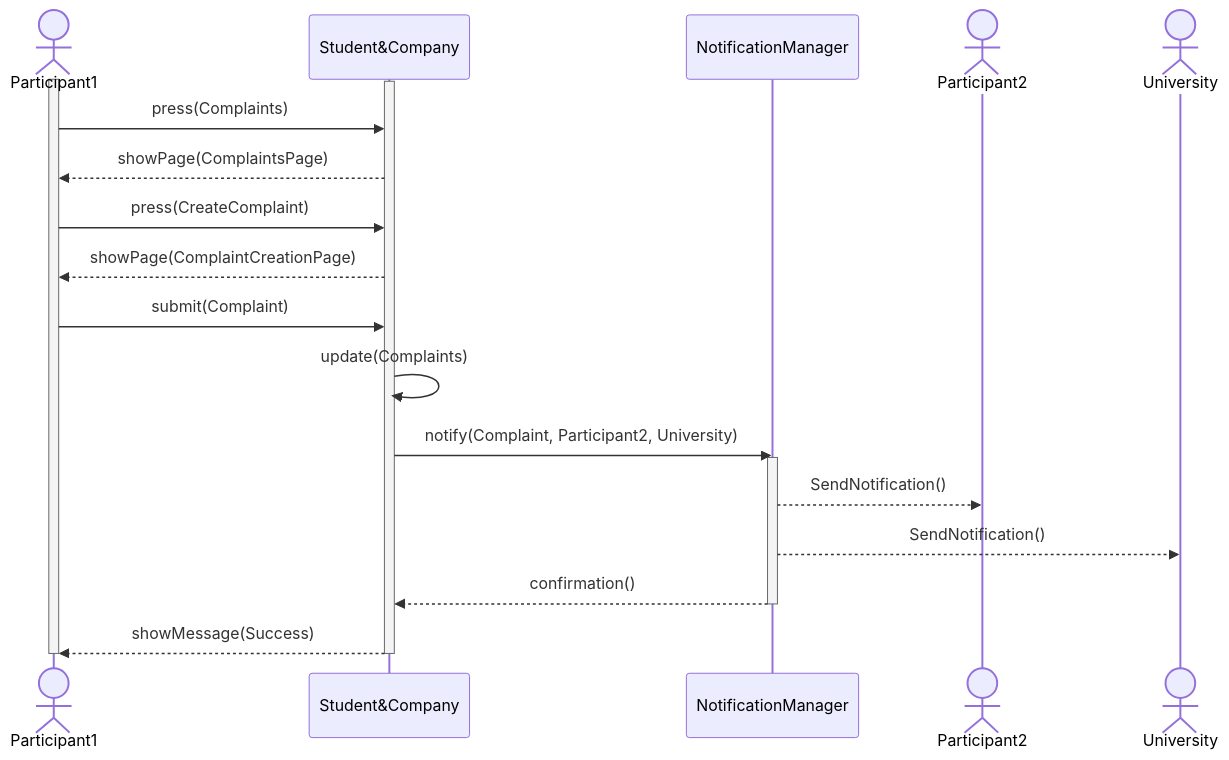
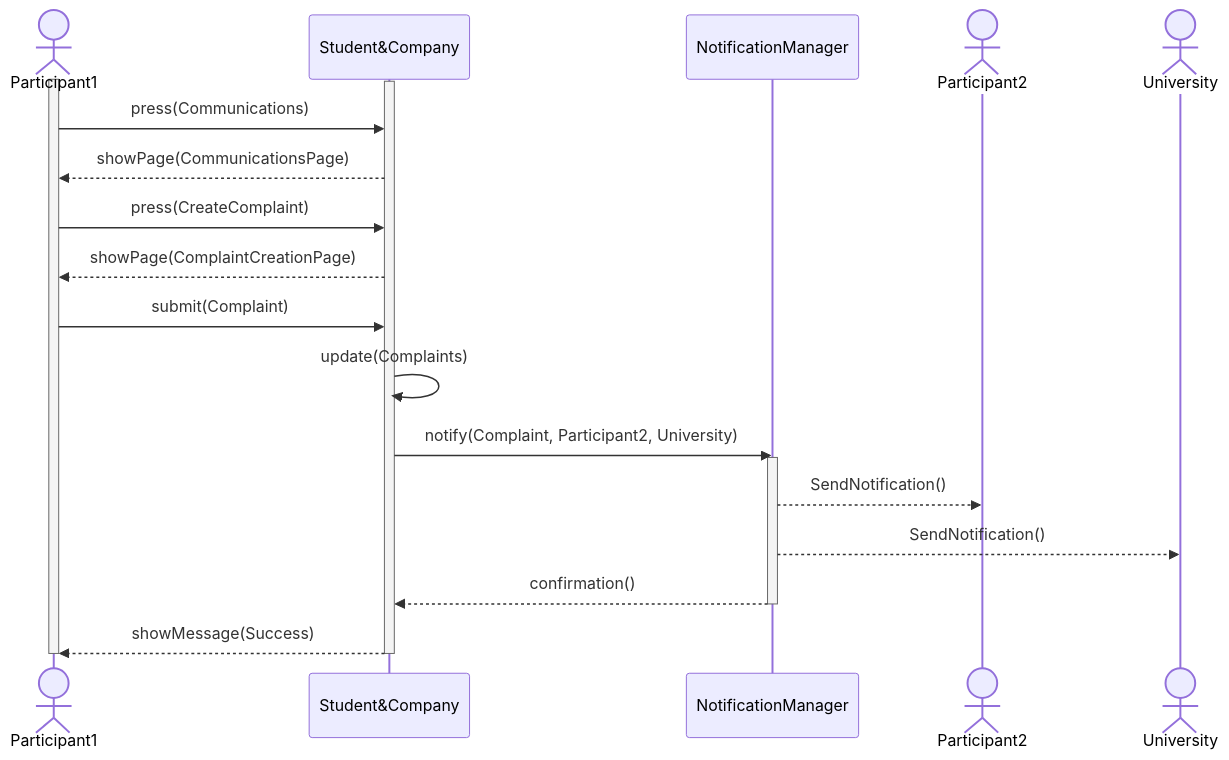
Before and after one commit to Slaitroc/RicciPaoliGrisoni: diagram 11 of 14 in Diagrams/SequenceDiagrams/SequenceDiagrams.md, drawn with Mermaid. The commit also changed other lines of this file and 15 other files, not shown here.

Commit message:
state charts, sequence diagrams and use cases refactored

````diff
--- a/Diagrams/SequenceDiagrams/SequenceDiagrams.md
+++ b/Diagrams/SequenceDiagrams/SequenceDiagrams.md
@@ -349,25 +348,25 @@
 ```mermaid
 sequenceDiagram
     actor Participant1
     participant Student&Company
     participant NotificationManager
     actor Participant2
     actor University
     activate Participant1
     activate Student&Company
-    Participant1 ->> Student&Company: press(Complaints)
-    Student&Company -->> Participant1: showPage(ComplaintsPage)
+    Participant1 ->> Student&Company: press(Communications)
+    Student&Company -->> Participant1: showPage(CommunicationsPage)
     Participant1 ->> Student&Company: press(CreateComplaint)
     Student&Company -->> Participant1: showPage(ComplaintCreationPage)
     Participant1 ->> Student&Company: submit(Complaint)
     Student&Company ->> Student&Company: update(Complaints)
     Student&Company ->> NotificationManager: notify(Complaint, Participant2, University)
     activate NotificationManager
     NotificationManager -->> Participant2: SendNotification()
     NotificationManager -->> University: SendNotification()
     NotificationManager -->> Student&Company: confirmation()
     deactivate NotificationManager
     Student&Company -->> Participant1: showMessage(Success)
     deactivate Student&Company
     deactivate Participant1
 ```
````
